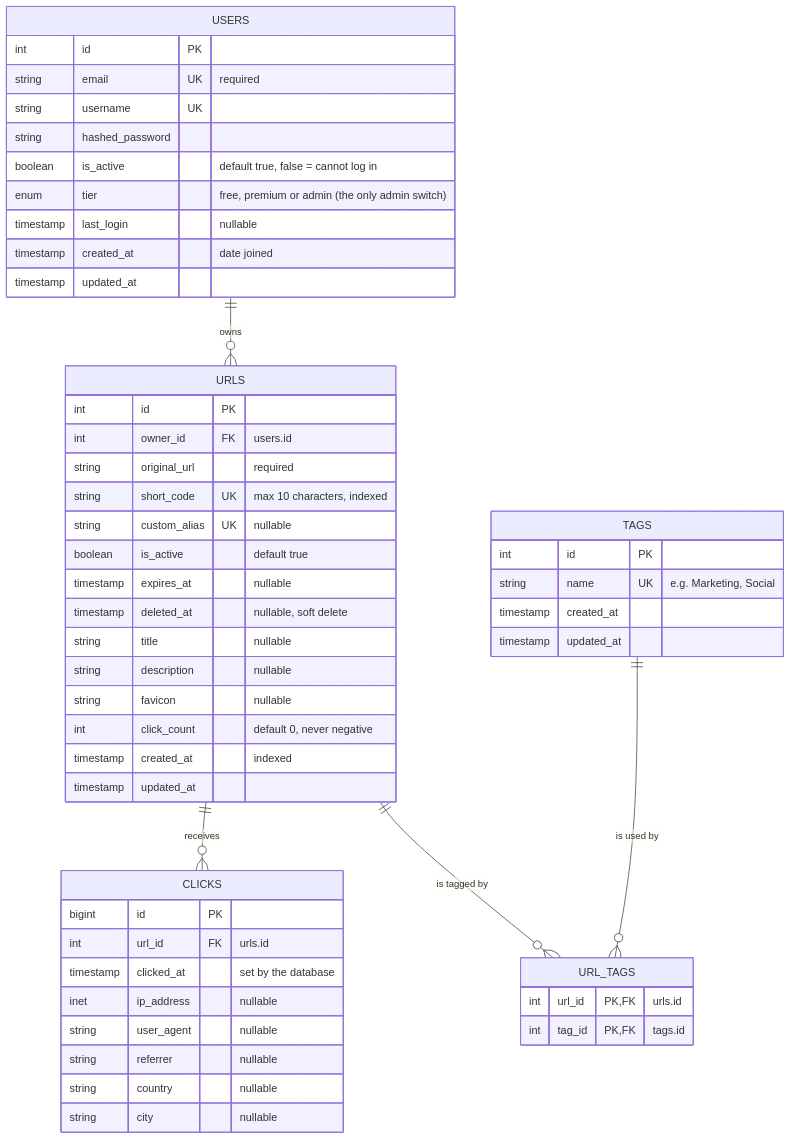
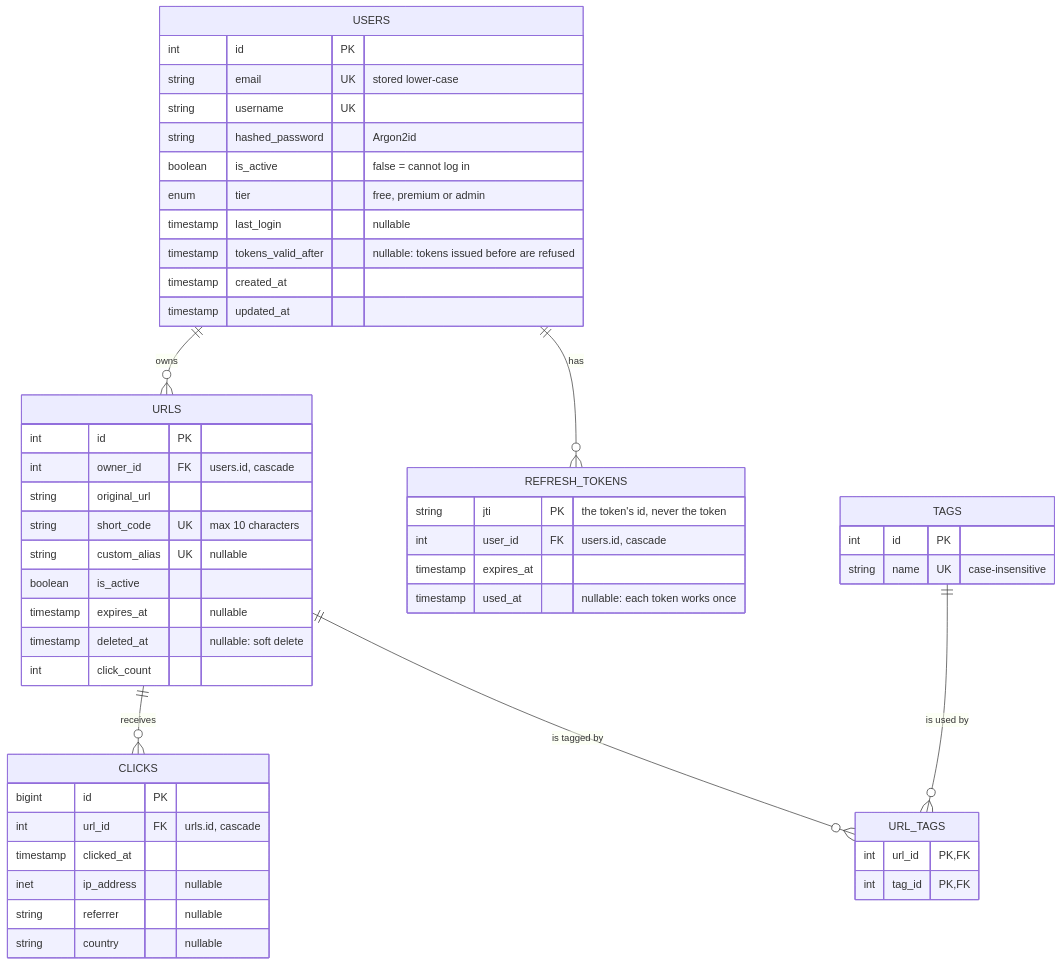
One commit to Aline-CROIRE/url-shortener-fastapi changed the third of 4 diagrams in README.md. Above: the diagram before and after it, drawn with Mermaid. The commit also changed other lines of this file, not shown here.

````diff
--- a/README.md
+++ b/README.md
@@ -105,59 +135,59 @@
 ```mermaid
 erDiagram
     USERS ||--o{ URLS : "owns"
+    USERS ||--o{ REFRESH_TOKENS : "has"
     URLS ||--o{ CLICKS : "receives"
     URLS ||--o{ URL_TAGS : "is tagged by"
     TAGS ||--o{ URL_TAGS : "is used by"
 
     USERS {
         int id PK
-        string email UK "required"
+        string email UK "stored lower-case"
         string username UK
-        string hashed_password
-        boolean is_active "default true, false = cannot log in"
-        enum tier "free, premium or admin (the only admin switch)"
+        string hashed_password "Argon2id"
+        boolean is_active "false = cannot log in"
+        enum tier "free, premium or admin"
         timestamp last_login "nullable"
-        timestamp created_at "date joined"
+        timestamp tokens_valid_after "nullable: tokens issued before are refused"
+        timestamp created_at
         timestamp updated_at
+    }
+
+    REFRESH_TOKENS {
+        string jti PK "the token's id, never the token"
+        int user_id FK "users.id, cascade"
+        timestamp expires_at
+        timestamp used_at "nullable: each token works once"
     }
 
     URLS {
         int id PK
-        int owner_id FK "users.id"
-        string original_url "required"
-        string short_code UK "max 10 characters, indexed"
+        int owner_id FK "users.id, cascade"
+        string original_url
+        string short_code UK "max 10 characters"
         string custom_alias UK "nullable"
-        boolean is_active "default true"
+        boolean is_active
         timestamp expires_at "nullable"
-        timestamp deleted_at "nullable, soft delete"
-        string title "nullable"
-        string description "nullable"
-        string favicon "nullable"
-        int click_count "default 0, never negative"
-        timestamp created_at "indexed"
-        timestamp updated_at
+        timestamp deleted_at "nullable: soft delete"
+        int click_count
     }
 
     CLICKS {
         bigint id PK
-        int url_id FK "urls.id"
-        timestamp clicked_at "set by the database"
+        int url_id FK "urls.id, cascade"
+        timestamp clicked_at
         inet ip_address "nullable"
-        string user_agent "nullable"
         string referrer "nullable"
         string country "nullable"
-        string city "nullable"
     }
 
     TAGS {
         int id PK
-        string name UK "e.g. Marketing, Social"
-        timestamp created_at
-        timestamp updated_at
+        string name UK "case-insensitive"
     }
 
     URL_TAGS {
-        int url_id PK, FK "urls.id"
-        int tag_id PK, FK "tags.id"
+        int url_id PK, FK
+        int tag_id PK, FK
     }
 ```
````
